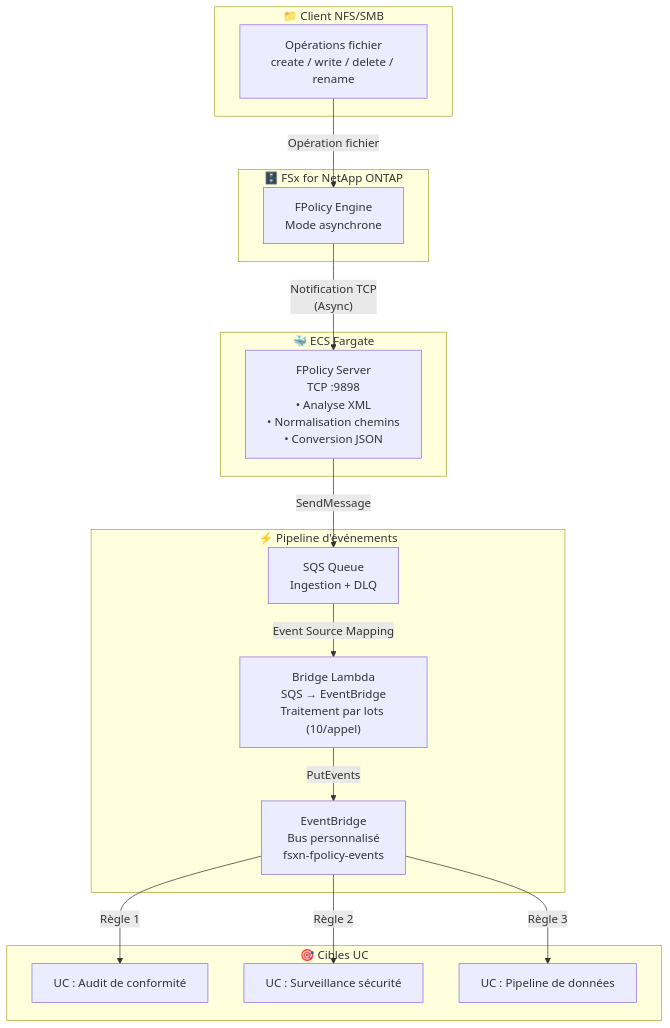
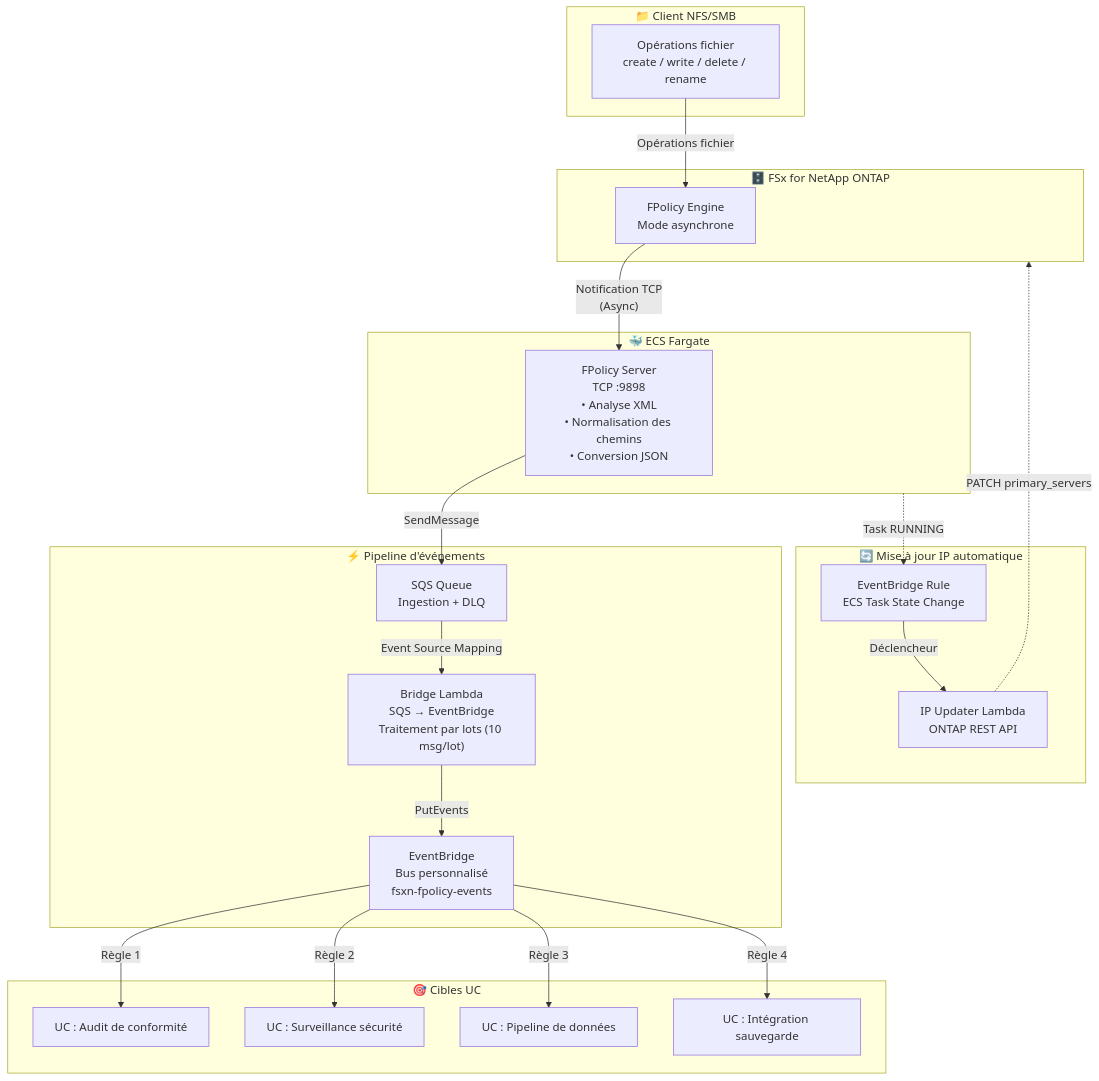
Before and after one commit to Yoshiki0705/FSx-for-ONTAP-S3AccessPoints-Serverless-Patterns: the diagram in event-driven-fpolicy/docs/architecture.fr.md, drawn with Mermaid. The commit also changed other lines of this file and 13 other files, not shown here.

First line of the commit message:
fix: docs/architecture + demo-guide 全8言語を同一内容に統一

````diff
--- a/event-driven-fpolicy/docs/architecture.fr.md
+++ b/event-driven-fpolicy/docs/architecture.fr.md
@@ -7,35 +7,46 @@
 ```mermaid
 flowchart TB
     subgraph CLIENT["📁 Client NFS/SMB"]
         NFS["Opérations fichier<br/>create / write / delete / rename"]
     end
 
     subgraph ONTAP["🗄️ FSx for NetApp ONTAP"]
         FPOLICY["FPolicy Engine<br/>Mode asynchrone"]
     end
 
     subgraph FARGATE["🐳 ECS Fargate"]
-        SERVER["FPolicy Server<br/>TCP :9898<br/>• Analyse XML<br/>• Normalisation chemins<br/>• Conversion JSON"]
+        SERVER["FPolicy Server<br/>TCP :9898<br/>• Analyse XML<br/>• Normalisation des chemins<br/>• Conversion JSON"]
     end
 
     subgraph PIPELINE["⚡ Pipeline d'événements"]
         SQS["SQS Queue<br/>Ingestion + DLQ"]
-        BRIDGE["Bridge Lambda<br/>SQS → EventBridge<br/>Traitement par lots (10/appel)"]
+        BRIDGE["Bridge Lambda<br/>SQS → EventBridge<br/>Traitement par lots (10 msg/lot)"]
         EB["EventBridge<br/>Bus personnalisé<br/>fsxn-fpolicy-events"]
     end
 
     subgraph TARGETS["🎯 Cibles UC"]
         UC1["UC : Audit de conformité"]
         UC2["UC : Surveillance sécurité"]
         UC3["UC : Pipeline de données"]
+        UC4["UC : Intégration sauvegarde"]
     end
 
-    NFS -->|"Opération fichier"| FPOLICY
+    subgraph UPDATER["🔄 Mise à jour IP automatique"]
+        RULE["EventBridge Rule<br/>ECS Task State Change"]
+        LAMBDA["IP Updater Lambda<br/>ONTAP REST API"]
+    end
+
+    NFS -->|"Opérations fichier"| FPOLICY
     FPOLICY -->|"Notification TCP<br/>(Async)"| SERVER
     SERVER -->|"SendMessage"| SQS
     SQS -->|"Event Source Mapping"| BRIDGE
     BRIDGE -->|"PutEvents"| EB
     EB -->|"Règle 1"| UC1
     EB -->|"Règle 2"| UC2
     EB -->|"Règle 3"| UC3
+    EB -->|"Règle 4"| UC4
+
+    FARGATE -.->|"Task RUNNING"| RULE
+    RULE -->|"Déclencheur"| LAMBDA
+    LAMBDA -.->|"PATCH primary_servers"| ONTAP
 ```
````
